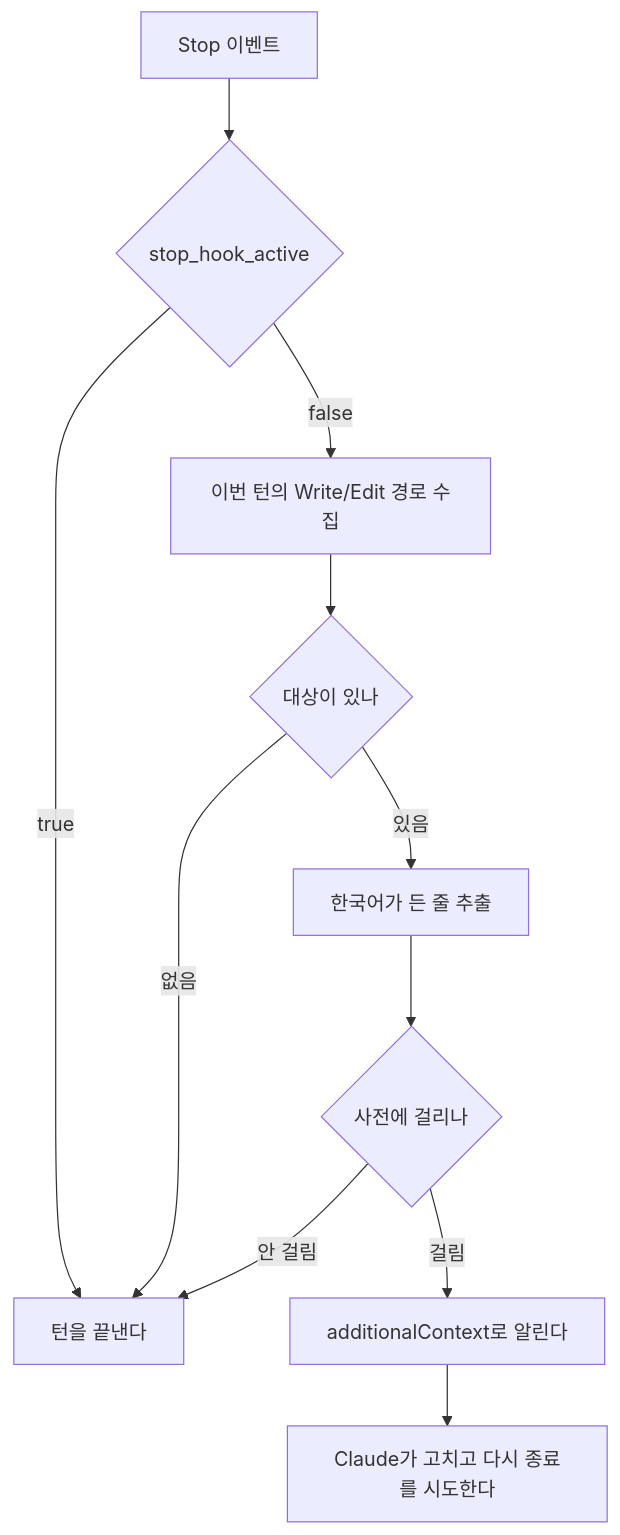
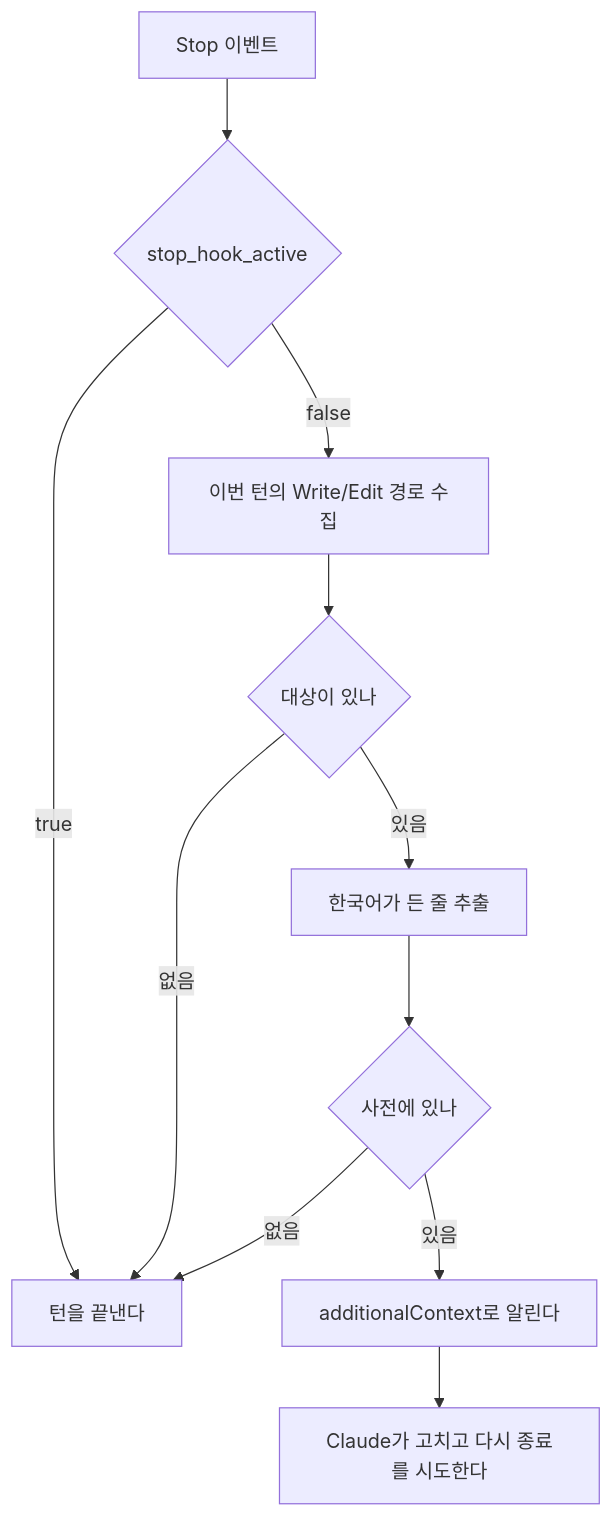
Before and after one commit to nil-park/claude-workflow-kit: the diagram in docs/architecture/ko-style.md, drawn with Mermaid. The commit also changed other lines of this file and 1 other file, not shown here.

````diff
--- a/docs/architecture/ko-style.md
+++ b/docs/architecture/ko-style.md
@@ -10,13 +10,13 @@
 ```mermaid
 flowchart TD
   stop["Stop 이벤트"] --> active{"stop_hook_active"}
   active -->|true| pass["턴을 끝낸다"]
   active -->|false| collect["이번 턴의 Write/Edit 경로 수집"]
   collect --> empty{"대상이 있나"}
   empty -->|없음| pass
   empty -->|있음| lines["한국어가 든 줄 추출"]
-  lines --> match{"사전에 걸리나"}
-  match -->|안 걸림| pass
-  match -->|걸림| report["additionalContext로 알린다"]
+  lines --> match{"사전에 있나"}
+  match -->|없음| pass
+  match -->|있음| report["additionalContext로 알린다"]
   report --> again["Claude가 고치고 다시 종료를 시도한다"]
 ```
````
